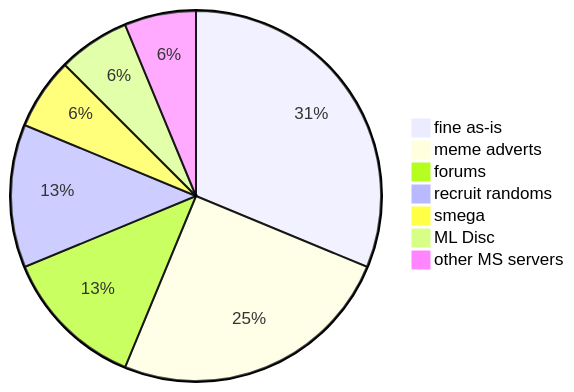
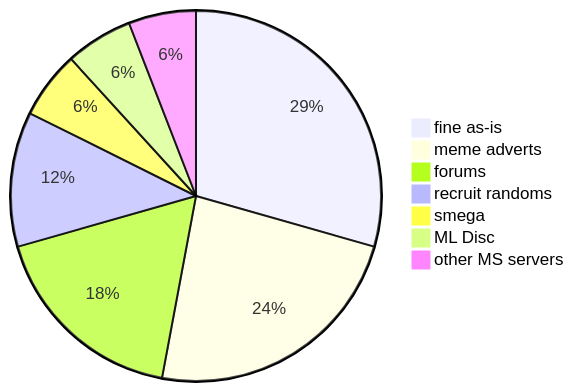
Before and after one commit to capreolina/gists: the diagram in what-s-next-for-oddjobs/q2.mmd, drawn with Mermaid. The commit also changed 5 other files, not shown here.

```diff
--- a/what-s-next-for-oddjobs/q2.mmd
+++ b/what-s-next-for-oddjobs/q2.mmd
@@ -1,8 +1,8 @@
 pie
 "fine as-is" : 5
 "meme adverts" : 4
-"forums" : 2
+"forums" : 3
 "recruit randoms" : 2
 "smega" : 1
 "ML Disc" : 1
 "other MS servers" : 1
```
